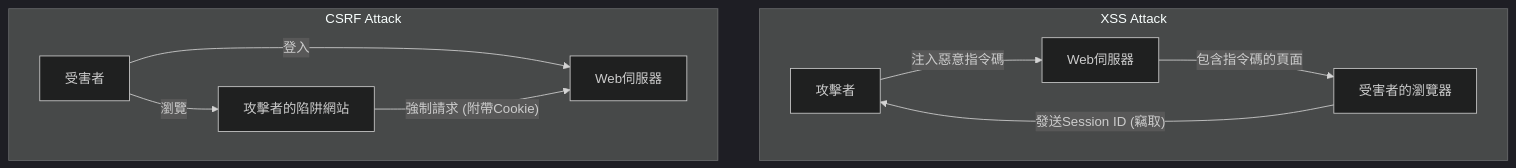
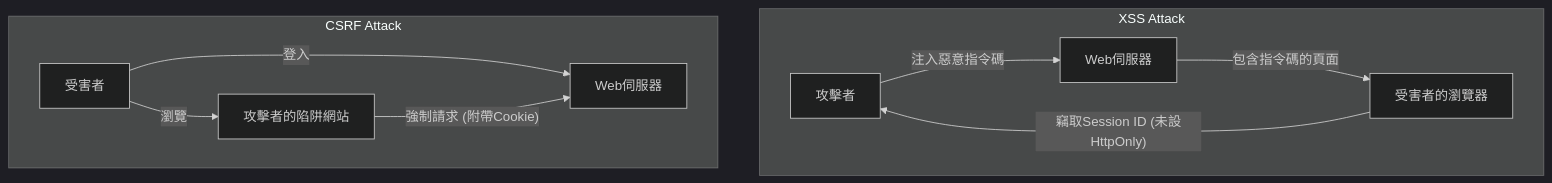
The diagram in content/post/cross-site-scripting-xss-csrf-security/index.zh-tw.md (kenjinote/blog), drawn with Mermaid (dark theme) before and after one commit. The commit also changed other lines of this file and 28 other files, not shown here.

````diff
--- a/content/post/cross-site-scripting-xss-csrf-security/index.zh-tw.md
+++ b/content/post/cross-site-scripting-xss-csrf-security/index.zh-tw.md
@@ -134,14 +137,14 @@
 ```mermaid
 graph TD
     subgraph XSS Attack
         A["攻擊者"] -- "注入惡意指令碼" --> B["Web伺服器"]
         B -- "包含指令碼的頁面" --> C["受害者的瀏覽器"]
-        C -- "發送Session ID (竊取)" --> A
+        C -- "竊取Session ID (未設HttpOnly)" --> A
     end
 
     subgraph CSRF Attack
         D["受害者"] -- "登入" --> E["Web伺服器"]
         D -- "瀏覽" --> F["攻擊者的陷阱網站"]
         F -- "強制請求 (附帶Cookie)" --> E
     end
 ```
````
